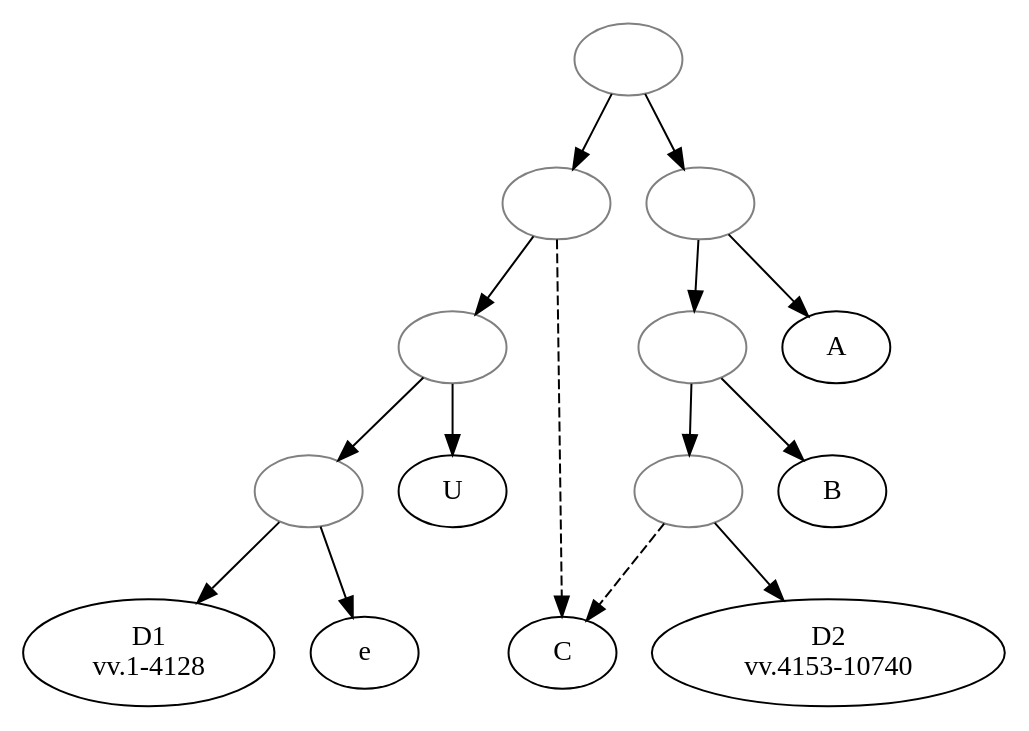
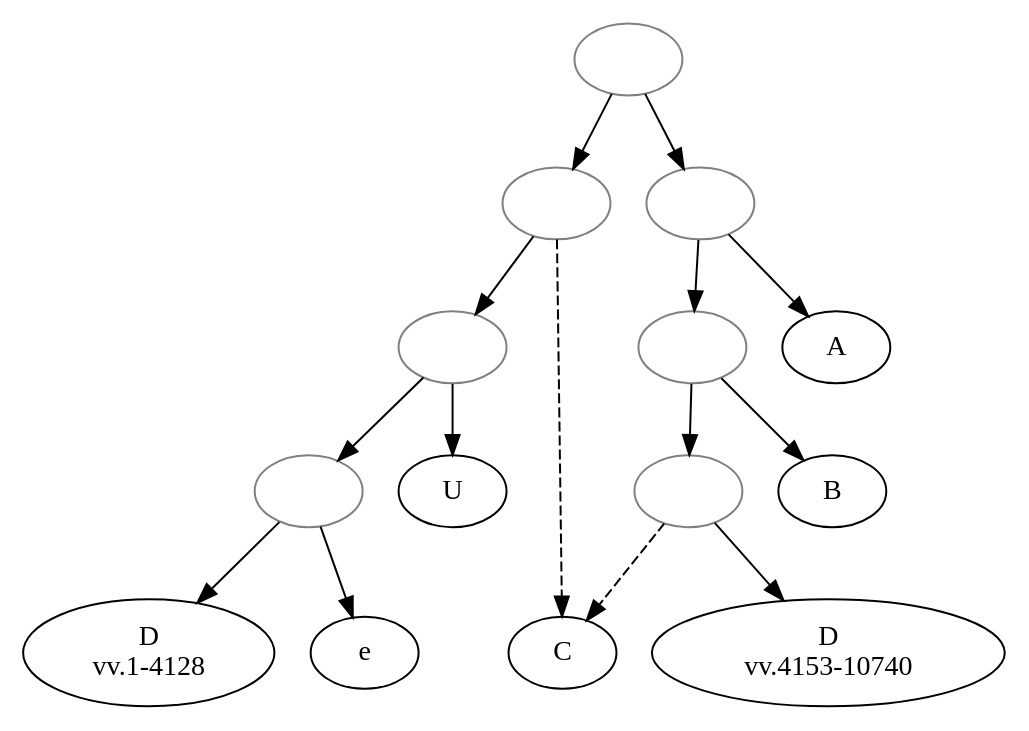
Before and after one commit to OpenStemmata/database: the diagram in data/fro/Kerr_1994_AnseisCarthage/stemma.gv, drawn with Graphviz. The commit also changed 13 other files, not shown here.

```diff
--- a/data/fro/Kerr_1994_AnseisCarthage/stemma.gv
+++ b/data/fro/Kerr_1994_AnseisCarthage/stemma.gv
@@ -1,29 +1,29 @@
 digraph {
 
 1[label="", color="grey"];
 2[label="", color="grey"];
 3[label="", color="grey"];
 4[label="", color="grey"];
 5[label="", color="grey"];
 6[label="", color="grey"];
 7[label="", color="grey"];
-D1[label="D1\n vv.1-4128"]
-D2[label="D2\n vv.4153-10740"]
+D1[label="D\n vv.1-4128"]
+D2[label="D\n vv.4153-10740"]
 
 
 1->2;
 2->3;
 3->U;
 3->4;
 4->e;
 4->D1;
 2->C[style="dashed"];
 1->5;
 5->6;
 6->7;
 7->C[style="dashed"];
 7->D2;
 6->B;
 5->A;
 
 }
```
